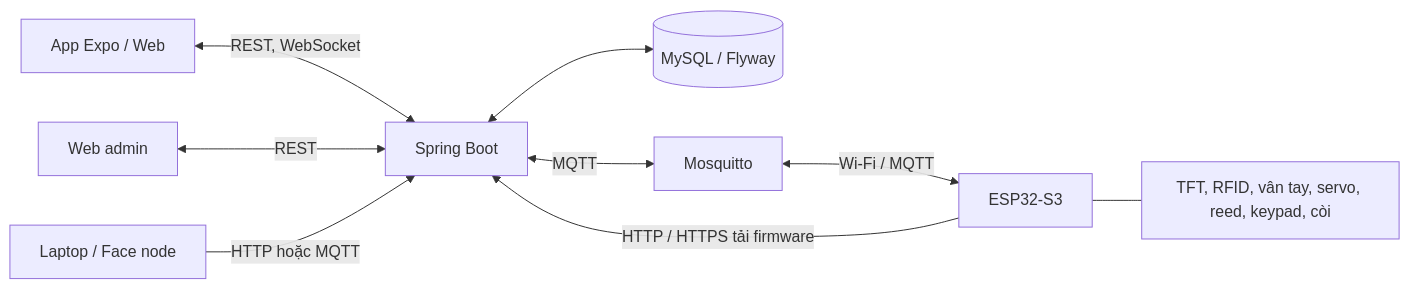
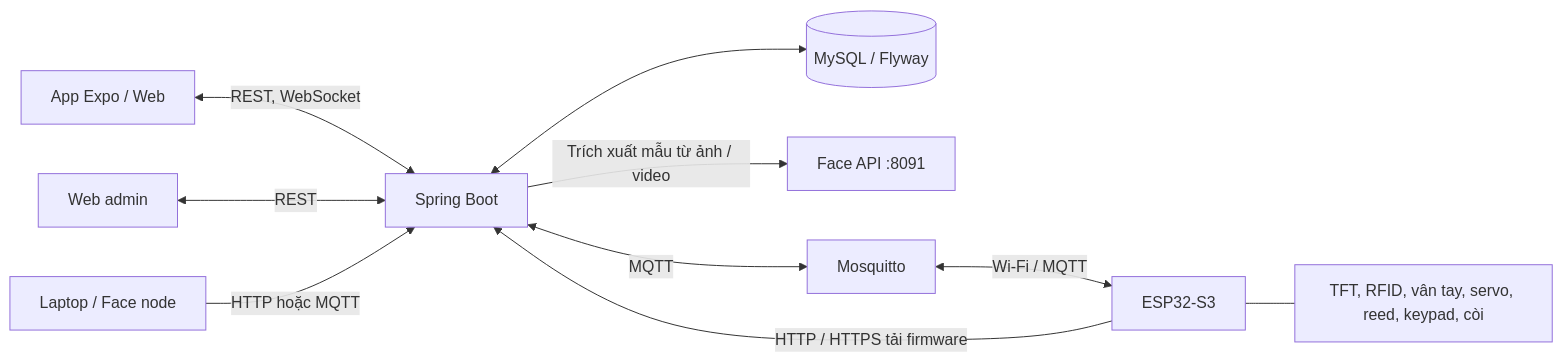
The diagram in README.md (doanhopnguyen/IOT), drawn with Mermaid before and after one commit. The commit also changed other lines of this file, not shown here.

Commit message:
docs: update README with Face API integration details and user face revocation process

````diff
--- a/README.md
+++ b/README.md
@@ -19,11 +21,12 @@
 ```mermaid
 flowchart LR
     App[App Expo / Web] <-->|REST, WebSocket| Backend[Spring Boot]
     Admin[Web admin] <-->|REST| Backend
     Backend <--> DB[(MySQL / Flyway)]
+    Backend -->|Trích xuất mẫu từ ảnh / video| Processor[Face API :8091]
     Backend <-->|MQTT| Broker[Mosquitto]
     Broker <-->|Wi-Fi / MQTT| ESP[ESP32-S3]
     ESP --- Hardware[TFT, RFID, vân tay, servo, reed, keypad, còi]
     Face[Laptop / Face node] -->|HTTP hoặc MQTT| Backend
     ESP -->|HTTP / HTTPS tải firmware| Backend
 ```
````
